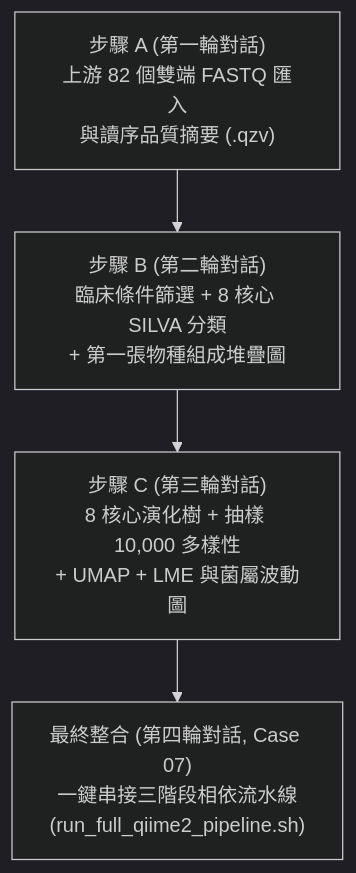
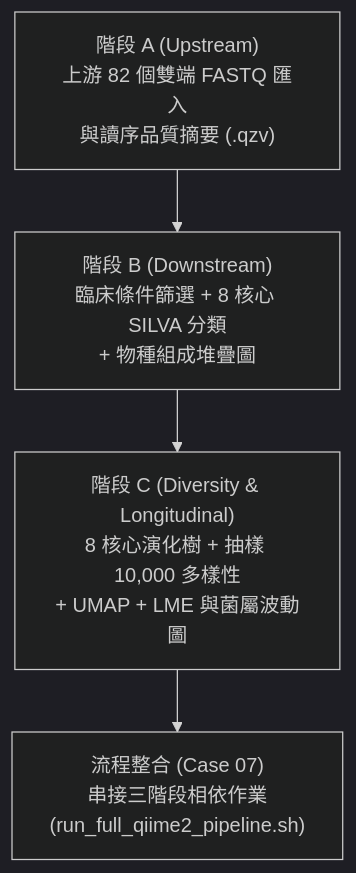
Before and after one commit to gemini960114/nano4-ngs-slurm-skill: the diagram in 04-qiime2-microbiome-pipeline/README.md, drawn with Mermaid (dark theme). The commit also changed other lines of this file and 8 other files, not shown here.

````diff
--- a/04-qiime2-microbiome-pipeline/README.md
+++ b/04-qiime2-microbiome-pipeline/README.md
@@ -7,6 +7,6 @@
 ```mermaid
 flowchart TD
-    A["步驟 A (第一輪對話)<br>上游 82 個雙端 FASTQ 匯入<br>與讀序品質摘要 (.qzv)"] --> B["步驟 B (第二輪對話)<br>臨床條件篩選 + 8 核心 SILVA 分類<br>+ 第一張物種組成堆疊圖"]
-    B --> C["步驟 C (第三輪對話)<br>8 核心演化樹 + 抽樣 10,000 多樣性<br>+ UMAP + LME 與菌屬波動圖"]
-    C --> D["最終整合 (第四輪對話, Case 07)<br>一鍵串接三階段相依流水線<br>(run_full_qiime2_pipeline.sh)"]
+    A["階段 A (Upstream)<br>上游 82 個雙端 FASTQ 匯入<br>與讀序品質摘要 (.qzv)"] --> B["階段 B (Downstream)<br>臨床條件篩選 + 8 核心 SILVA 分類<br>+ 物種組成堆疊圖"]
+    B --> C["階段 C (Diversity & Longitudinal)<br>8 核心演化樹 + 抽樣 10,000 多樣性<br>+ UMAP + LME 與菌屬波動圖"]
+    C --> D["流程整合 (Case 07)<br>串接三階段相依作業<br>(run_full_qiime2_pipeline.sh)"]
 ```
````
